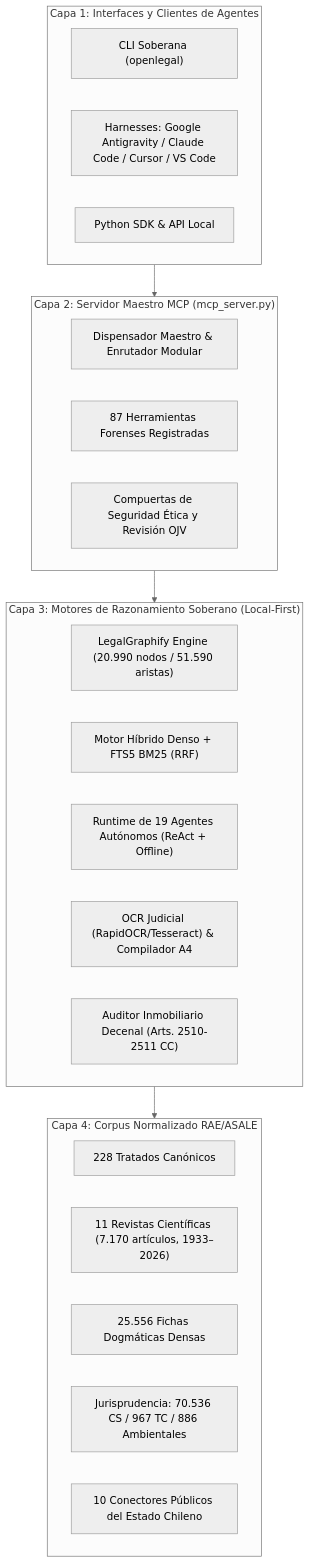
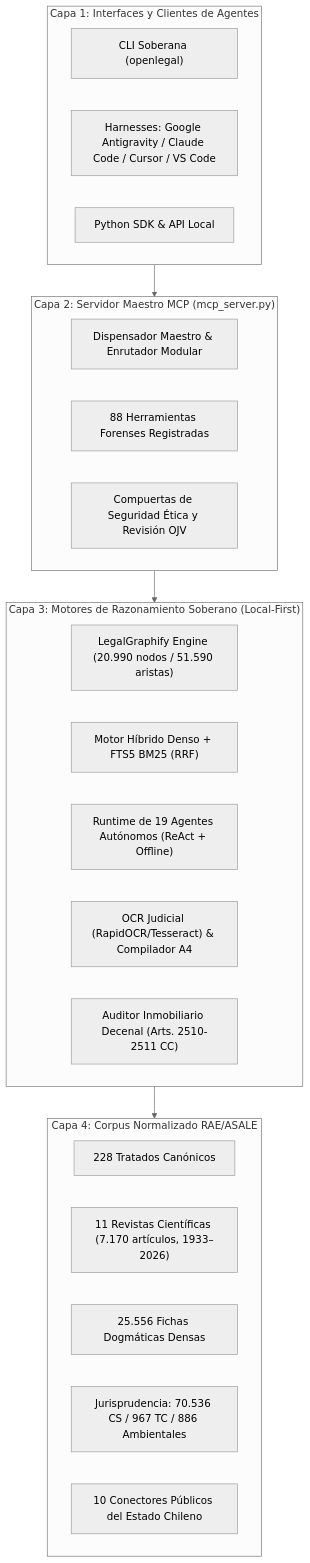
Before and after one commit to elpabloultron/open-legal-chile: the diagram in docs/whitepaper_arquitectura_cientifica.md, drawn with Mermaid (neutral theme). The commit also changed other lines of this file and 29 other files, not shown here.

````diff
--- a/docs/whitepaper_arquitectura_cientifica.md
+++ b/docs/whitepaper_arquitectura_cientifica.md
@@ -69,34 +69,34 @@
 ```mermaid
 graph TB
     subgraph ClientLayer ["Capa 1: Interfaces y Clientes de Agentes"]
         CLI["CLI Soberana (openlegal)"]
         IDE["Harnesses: Google Antigravity / Claude Code / Cursor / VS Code"]
         SDK["Python SDK & API Local"]
     end
 
     subgraph MCPLayer ["Capa 2: Servidor Maestro MCP (mcp_server.py)"]
         Router["Dispensador Maestro & Enrutador Modular"]
-        Tools["87 Herramientas Forenses Registradas"]
+        Tools["88 Herramientas Forenses Registradas"]
         Gates["Compuertas de Seguridad Ética y Revisión OJV"]
     end
 
     subgraph CoreEngines ["Capa 3: Motores de Razonamiento Soberano (Local-First)"]
         Graphify["LegalGraphify Engine (20.990 nodos / 51.590 aristas)"]
         Vector["Motor Híbrido Denso + FTS5 BM25 (RRF)"]
         AgentsRuntime["Runtime de 19 Agentes Autónomos (ReAct + Offline)"]
         Forensic["OCR Judicial (RapidOCR/Tesseract) & Compilador A4"]
         CBR["Auditor Inmobiliario Decenal (Arts. 2510-2511 CC)"]
     end
 
     subgraph DataCorpus ["Capa 4: Corpus Normalizado RAE/ASALE"]
         Doctrine["228 Tratados Canónicos"]
         Journals["11 Revistas Científicas (7.170 artículos, 1933–2026)"]
         Cards["25.556 Fichas Dogmáticas Densas"]
         Juris["Jurisprudencia: 70.536 CS / 967 TC / 886 Ambientales"]
         State["10 Conectores Públicos del Estado Chileno"]
     end
 
     ClientLayer --> MCPLayer
     MCPLayer --> CoreEngines
     CoreEngines --> DataCorpus
 ```
````
